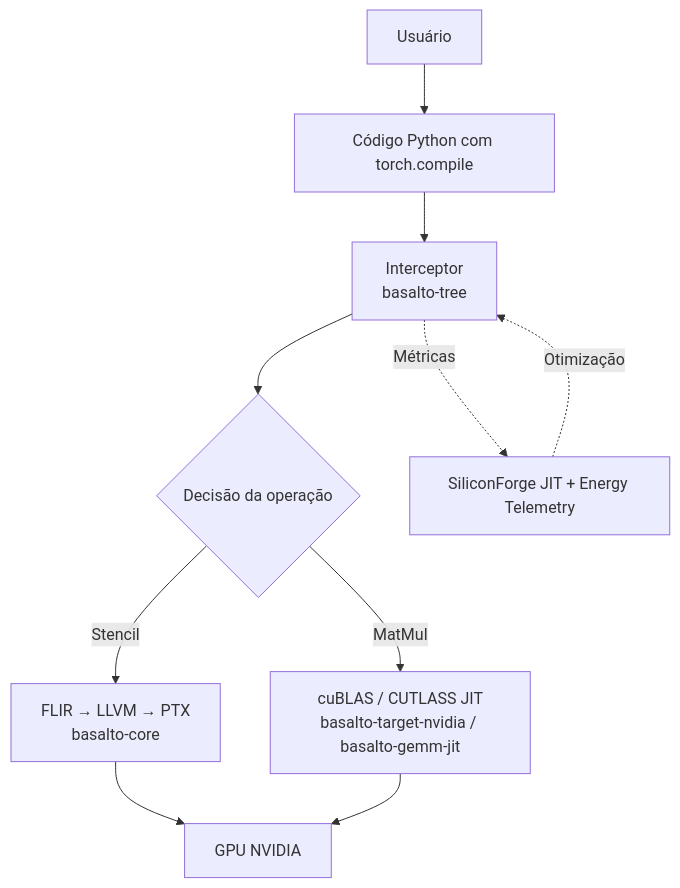
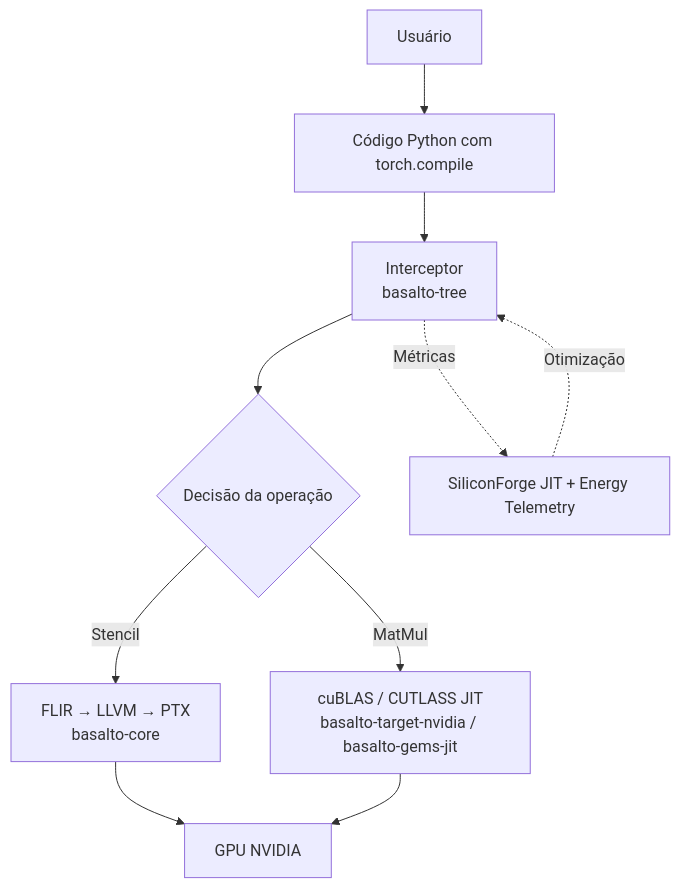
One commit to basaltotech/bs-compiler changed the diagram in README.md. Above: the diagram before and after it, drawn with Mermaid.

````diff
--- a/README.md
+++ b/README.md
@@ -32,12 +32,12 @@
 ```mermaid
 flowchart TD
     A[Usuário] --> B[Código Python com torch.compile]
     B --> C[Interceptor<br>basalto-tree]
     C --> D{Decisão da operação}
     D -->|Stencil| E[FLIR → LLVM → PTX<br>basalto-core]
-    D -->|MatMul| F[cuBLAS / CUTLASS JIT<br>basalto-target-nvidia / basalto-gemm-jit]
+    D -->|MatMul| F[cuBLAS / CUTLASS JIT<br>basalto-target-nvidia / basalto-gems-jit]
     E --> G[GPU NVIDIA]
     F --> G
     C -.->|Métricas| H[SiliconForge JIT + Energy Telemetry]
     H -.->|Otimização| C
 ```
````
